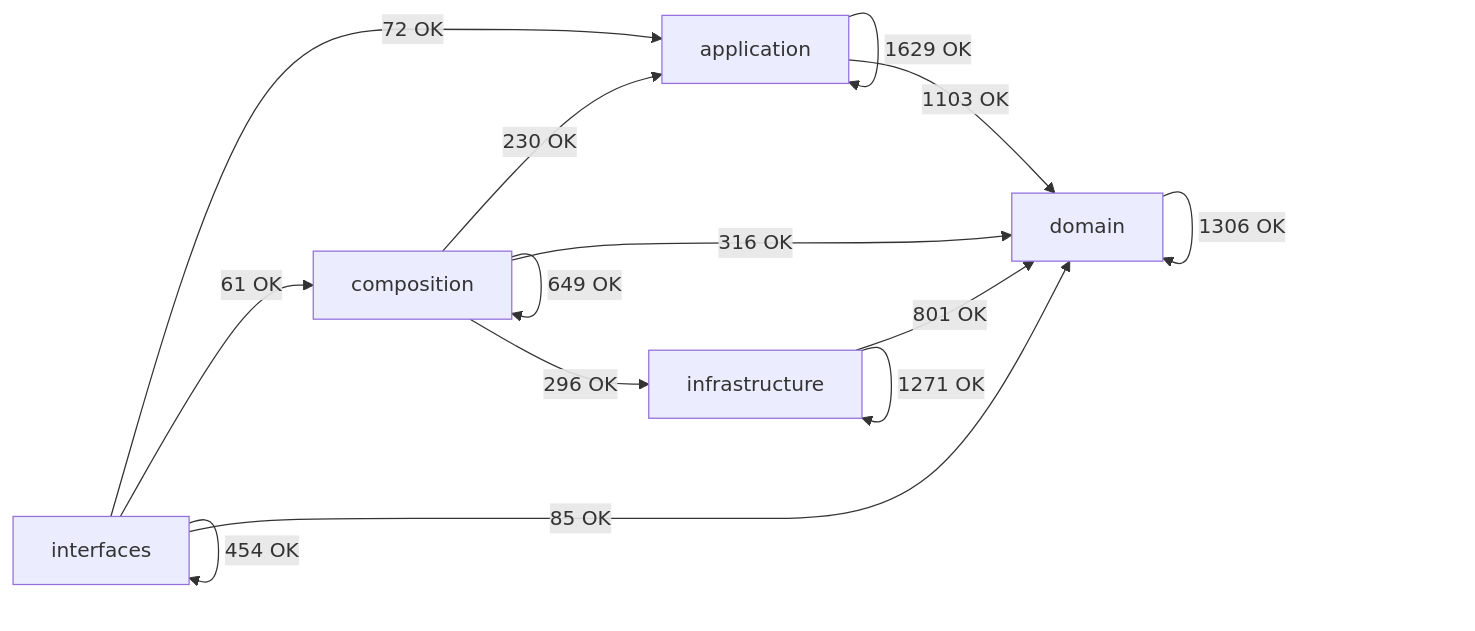
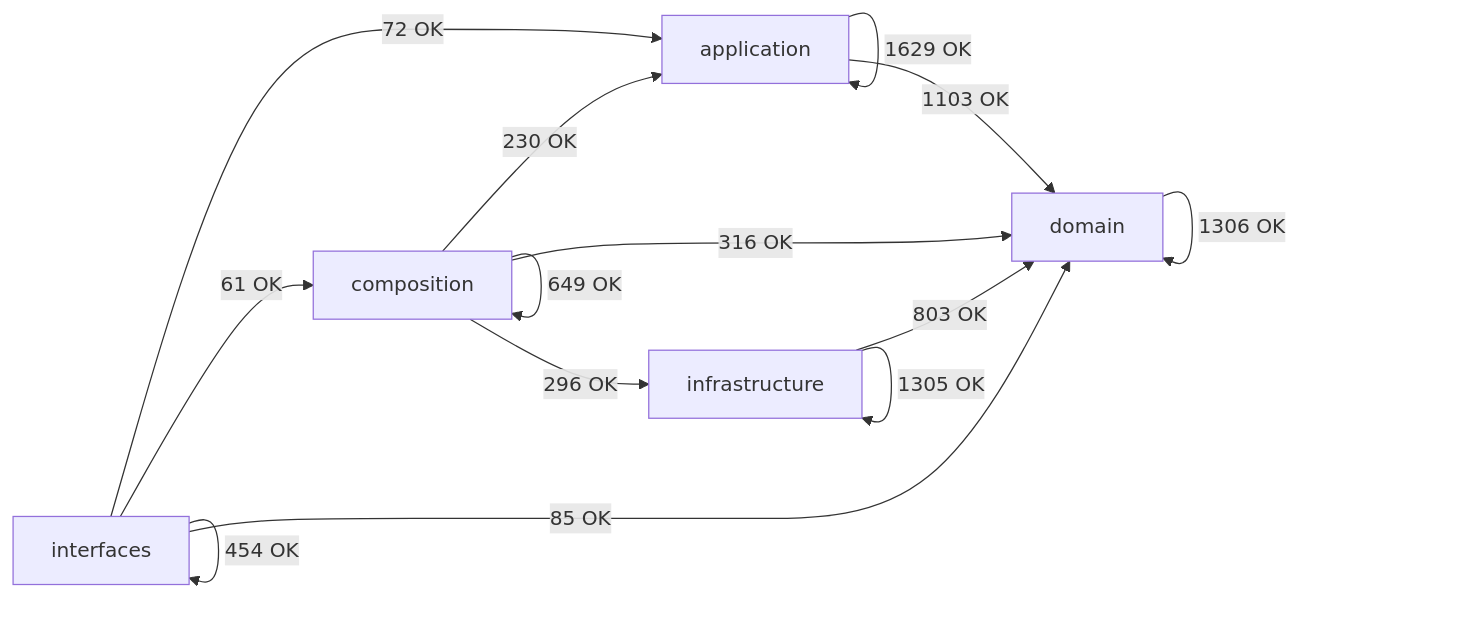
Before and after one commit to SatoryKono/BioactivityDataAcquisition: the diagram in docs/02-architecture/generated/module-dependency-map.md, drawn with Mermaid. The commit also changed other lines of this file and 102 other files, not shown here.

````diff
--- a/docs/02-architecture/generated/module-dependency-map.md
+++ b/docs/02-architecture/generated/module-dependency-map.md
@@ -17,21 +17,21 @@
 ```mermaid
 flowchart LR
     domain[domain]
     application[application]
     infrastructure[infrastructure]
     composition[composition]
     interfaces[interfaces]
     application -->|1629 OK| application
     application -->|1103 OK| domain
     composition -->|230 OK| application
     composition -->|649 OK| composition
     composition -->|316 OK| domain
     composition -->|296 OK| infrastructure
     domain -->|1306 OK| domain
-    infrastructure -->|801 OK| domain
-    infrastructure -->|1271 OK| infrastructure
+    infrastructure -->|803 OK| domain
+    infrastructure -->|1305 OK| infrastructure
     interfaces -->|72 OK| application
     interfaces -->|61 OK| composition
     interfaces -->|85 OK| domain
     interfaces -->|454 OK| interfaces
 ```
````
